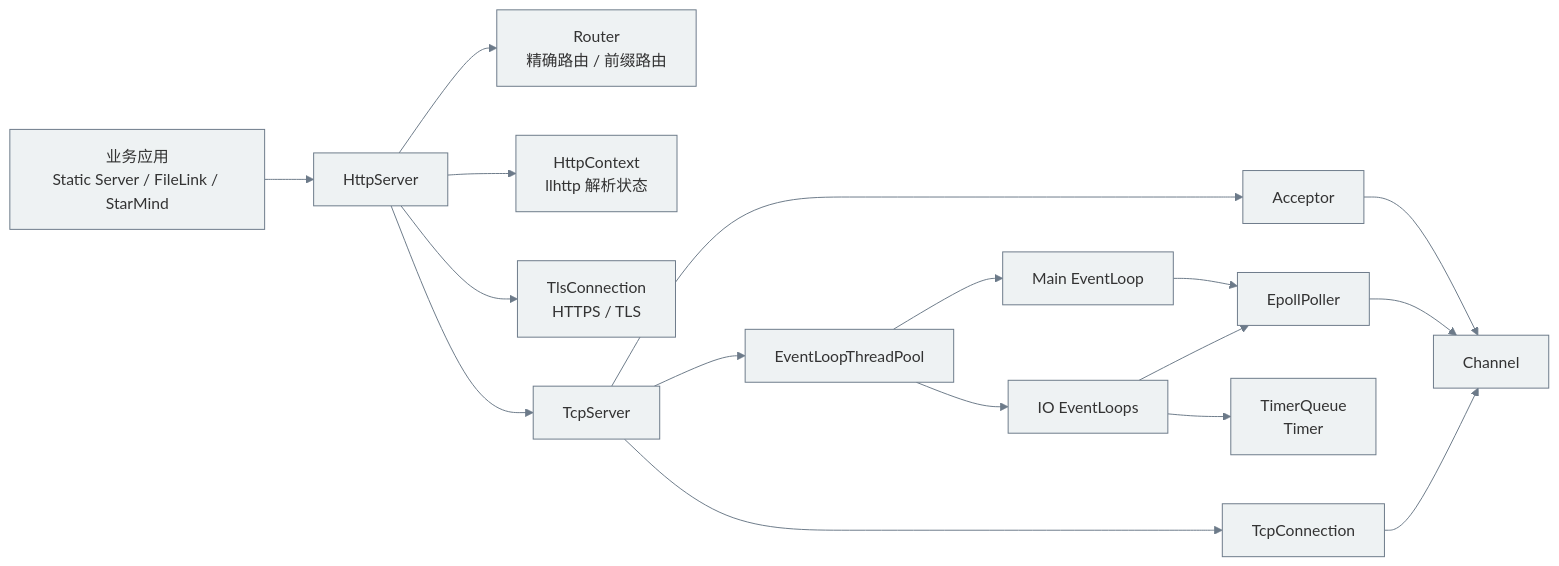
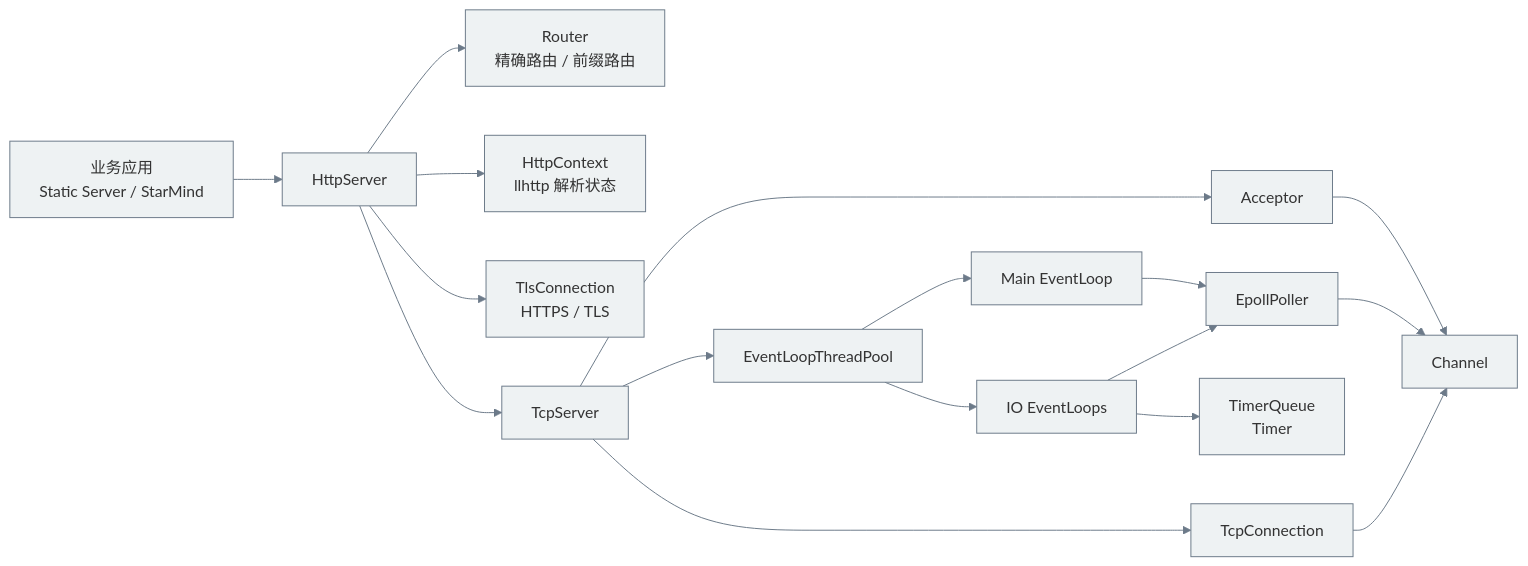
Before and after one commit to WenXingming/Tudou: the second of 2 diagrams in README.md, drawn with Mermaid. The commit also changed other lines of this file and 163 other files, not shown here.

````diff
--- a/README.md
+++ b/README.md
@@ -126,38 +126,38 @@
 ```mermaid
 %%{init: {
     "theme": "base",
     "themeVariables": {
         "fontFamily": "Inter, Helvetica, sans-serif",
         "fontSize": "16px",
         "primaryColor": "#eef2f3",
         "primaryTextColor": "#333",
         "primaryBorderColor": "#6c7a89",
         "lineColor": "#6c7a89"
     }
 }}%%
 flowchart LR
-    App[业务应用\nStatic Server / FileLink / StarMind] --> HttpServer[HttpServer]
+    App[业务应用\nStatic Server / StarMind] --> HttpServer[HttpServer]
     HttpServer --> Router[Router\n精确路由 / 前缀路由]
     HttpServer --> HttpContext[HttpContext\nllhttp 解析状态]
     HttpServer --> Tls[TlsConnection\nHTTPS / TLS]
     HttpServer --> TcpServer[TcpServer]
 
     TcpServer --> Acceptor[Acceptor]
     Acceptor --> Channel[Channel]
 
     TcpServer --> Pool[EventLoopThreadPool]
     Pool --> MainLoop[Main EventLoop]
     MainLoop --> Poller[EpollPoller]
     Poller --> Channel
     Pool --> IoLoops[IO EventLoops]
     IoLoops --> Poller
     IoLoops --> TimerQueue[TimerQueue \n Timer]
     
 
     TcpServer --> Conn[TcpConnection]
     Conn --> Channel
 
     class App,HttpServer,Router,HttpContext,Tls httpNode
     class TcpServer,Acceptor,Conn,Buffer,Heartbeat tcpNode
     class Pool,MainLoop,IoLoops,Poller,Channel,TimerQueue reactorNode
 ```
````
